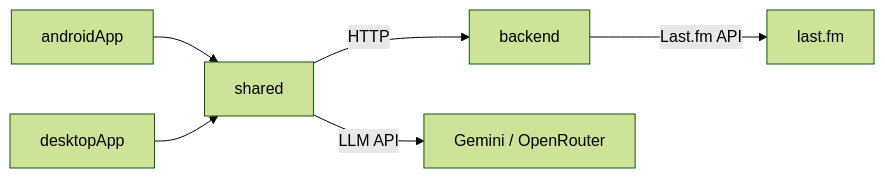
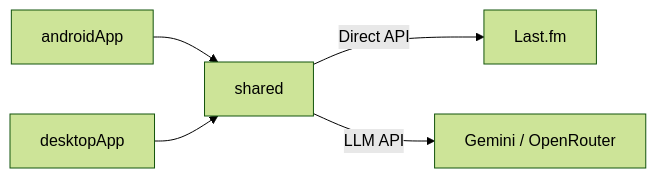
Before and after one commit to okku007/sonic-signature: the diagram in README.md, drawn with Mermaid (forest theme). The commit also changed other lines of this file and 8 other files, not shown here.

Commit message:
feat: Deprecate backend module, integrate direct Last.fm API calls with user-provided keys, and introduce extensive documentation for the BYOM architecture.

````diff
--- a/README.md
+++ b/README.md
@@ -9,8 +9,7 @@
 ```mermaid
 graph LR
     A[androidApp] --> S[shared]
     D[desktopApp] --> S
-    S -->|HTTP| B[backend]
-    B -->|Last.fm API| L[last.fm]
+    S -->|Direct API| L[Last.fm]
     S -->|LLM API| G[Gemini / OpenRouter]
 ```
````
